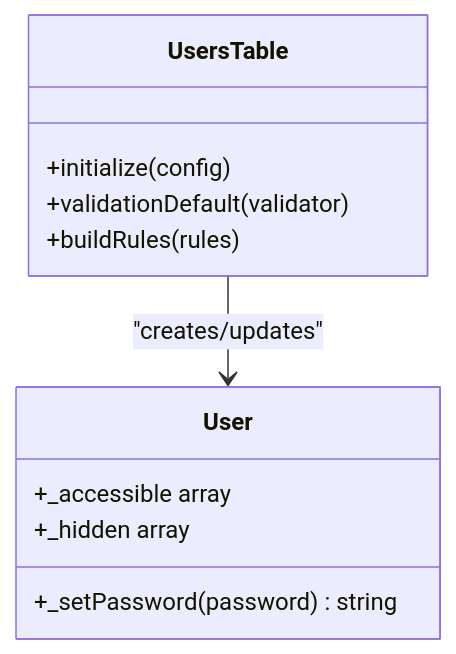
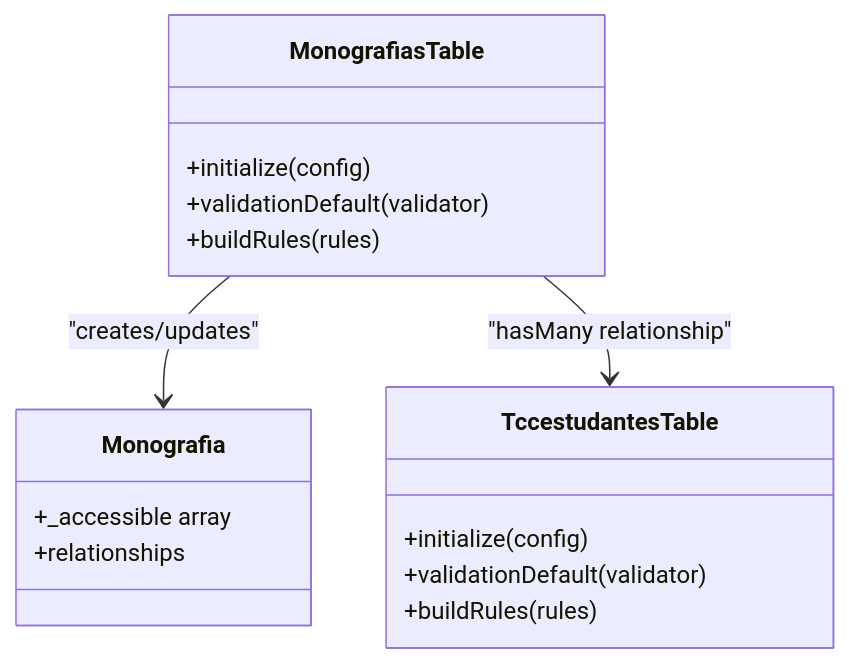
The seventh of 10 diagrams in .qoder/repowiki/en/content/Architecture Overview/Architecture Overview.md (luiseduacosta/tcc4), drawn with Mermaid before and after one commit. The commit also changed other lines of this file and 101 other files, not shown here.

````diff
--- a/.qoder/repowiki/en/content/Architecture Overview/Architecture Overview.md
+++ b/.qoder/repowiki/en/content/Architecture Overview/Architecture Overview.md
@@ -265,14 +265,19 @@
 ```mermaid
 classDiagram
-class UsersTable {
+class MonografiasTable {
 +initialize(config)
 +validationDefault(validator)
 +buildRules(rules)
 }
-class User {
-+_setPassword(password) string
+class TccestudantesTable {
++initialize(config)
++validationDefault(validator)
++buildRules(rules)
+}
+class Monografia {
 +_accessible array
-+_hidden array
++relationships
 }
-UsersTable --> User : "creates/updates"
+MonografiasTable --> Monografia : "creates/updates"
+MonografiasTable --> TccestudantesTable : "hasMany relationship"
 ```
````
